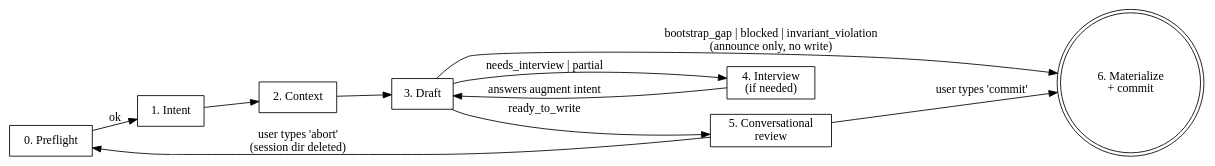
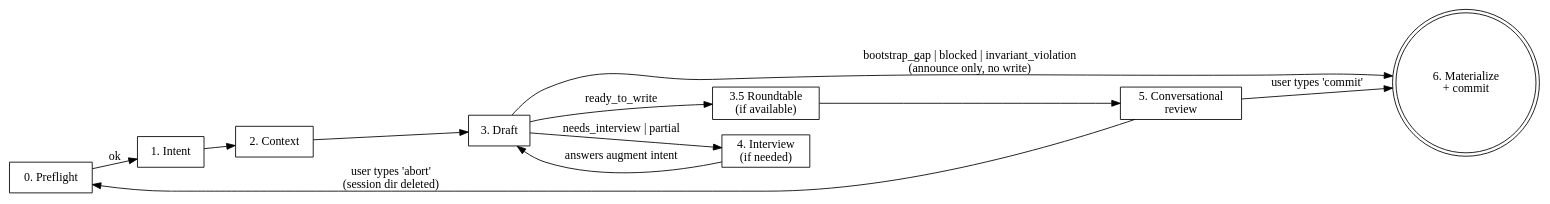
One commit to TejGandham/parchmark changed the diagram in .claude/skills/keel-refine/SKILL.md. Above: the diagram before and after it, drawn with Graphviz. The commit also changed other lines of this file and 35 other files, not shown here.

````diff
--- a/.claude/skills/keel-refine/SKILL.md
+++ b/.claude/skills/keel-refine/SKILL.md
@@ -30,22 +30,24 @@
 ```dot
 digraph refine {
   rankdir=LR;
   preflight [label="0. Preflight" shape=box];
   intent [label="1. Intent" shape=box];
   ctx [label="2. Context" shape=box];
   draft [label="3. Draft" shape=box];
+  rt [label="3.5 Roundtable\n(if available)" shape=box];
   interview [label="4. Interview\n(if needed)" shape=box];
   review [label="5. Conversational\nreview" shape=box];
   commit [label="6. Materialize\n+ commit" shape=doublecircle];
 
   preflight -> intent [label="ok"];
   intent -> ctx;
   ctx -> draft;
   draft -> interview [label="needs_interview | partial"];
   interview -> draft [label="answers augment intent"];
-  draft -> review [label="ready_to_write"];
+  draft -> rt [label="ready_to_write"];
+  rt -> review;
   draft -> commit [label="bootstrap_gap | blocked | invariant_violation\n(announce only, no write)"];
   review -> commit [label="user types 'commit'"];
   review -> preflight [label="user types 'abort'\n(session dir deleted)"];
 }
 ```
````
